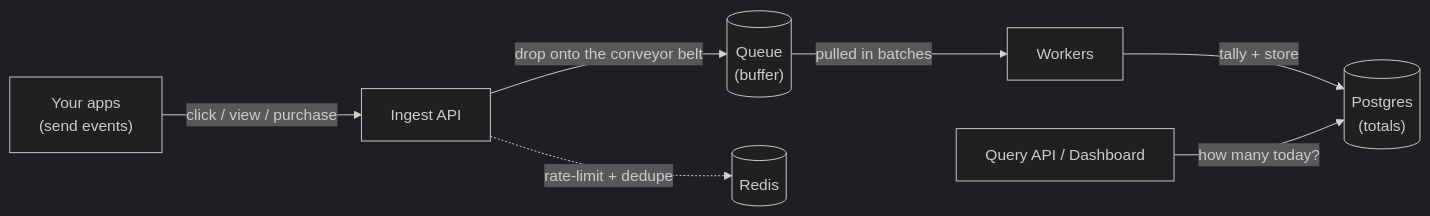
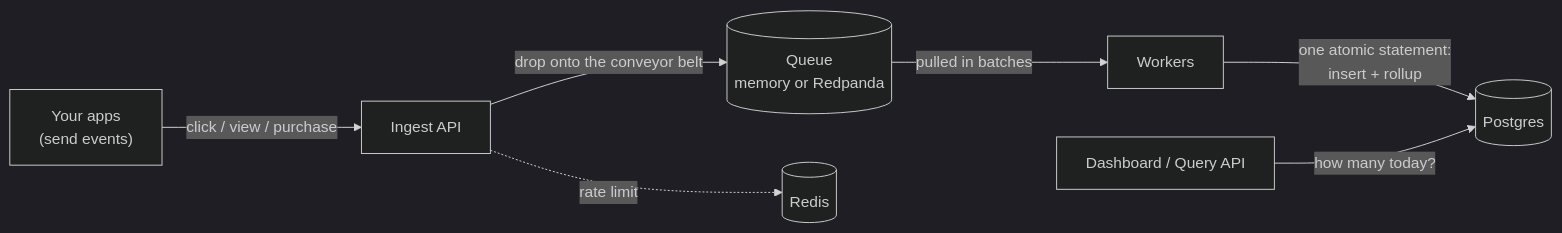
The diagram in README.md (shreyas463/tally), drawn with Mermaid (dark theme) before and after one commit. The commit also changed other lines of this file and 13 other files, not shown here.

````diff
--- a/README.md
+++ b/README.md
@@ -53,9 +44,9 @@
 ```mermaid
 flowchart LR
     A["Your apps<br/>(send events)"] -->|"click / view / purchase"| B["Ingest API"]
-    B -->|"drop onto the conveyor belt"| C[("Queue<br/>(buffer)")]
+    B -->|"drop onto the conveyor belt"| C[("Queue<br/>memory or Redpanda")]
     C -->|"pulled in batches"| D["Workers"]
-    D -->|"tally + store"| E[("Postgres<br/>(totals)")]
-    Q["Query API / Dashboard"] -->|"how many today?"| E
-    B -.->|"rate-limit + dedupe"| R[("Redis")]
+    D -->|"one atomic statement:<br/>insert + rollup"| E[("Postgres")]
+    Q["Dashboard / Query API"] -->|"how many today?"| E
+    B -.->|"rate limit"| R[("Redis")]
 ```
````
